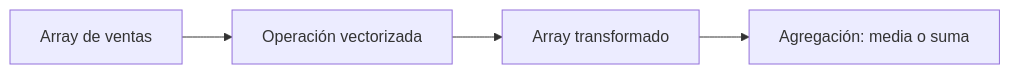
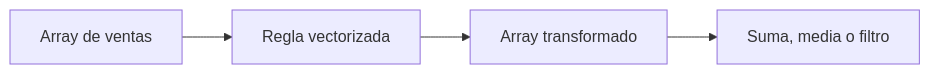
Diagram 13 of 32 in dist/markdown/temario-completo.md (Ayhur/CursoAnalista), drawn with Mermaid before and after one commit. The commit also changed other lines of this file and 42 other files, not shown here.

````diff
--- a/dist/markdown/temario-completo.md
+++ b/dist/markdown/temario-completo.md
@@ -378,6 +837,6 @@
 ```mermaid
 flowchart LR
-    A[Array de ventas] --> B[Operación vectorizada]
-    B --> C[Array transformado]
-    C --> D[Agregación: media o suma]
+  A[Array de ventas] --> B[Regla vectorizada]
+  B --> C[Array transformado]
+  C --> D[Suma, media o filtro]
 ```
````
